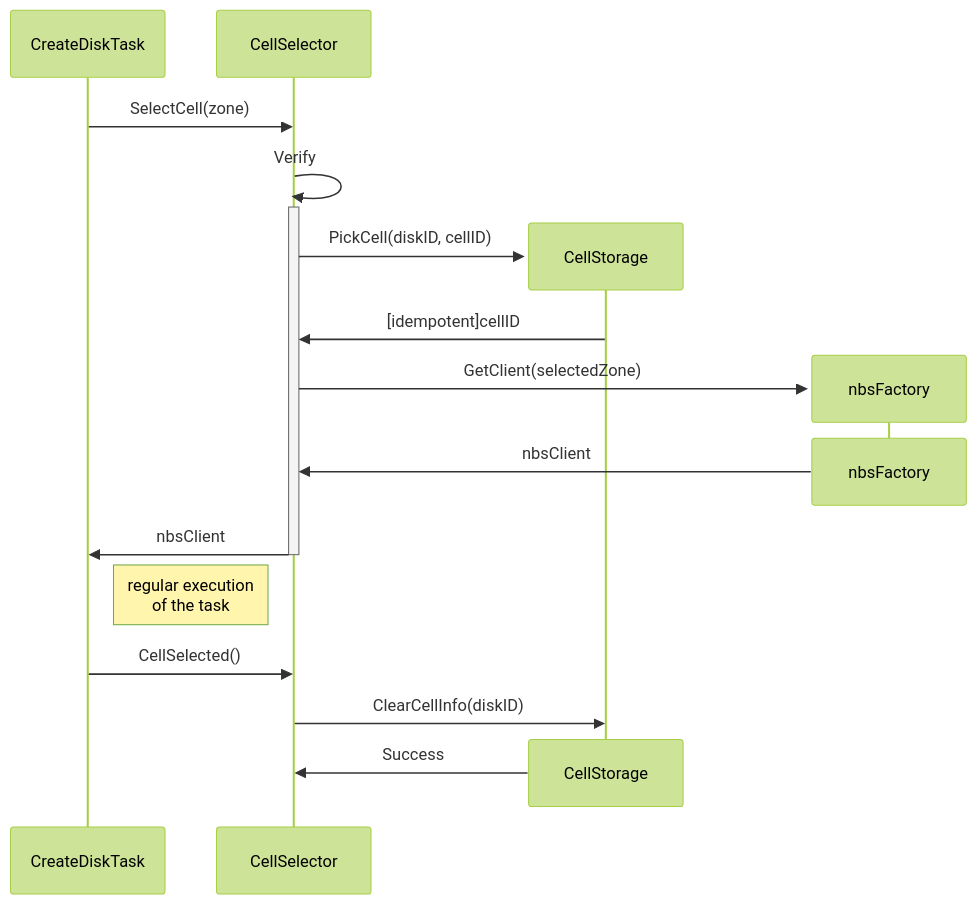
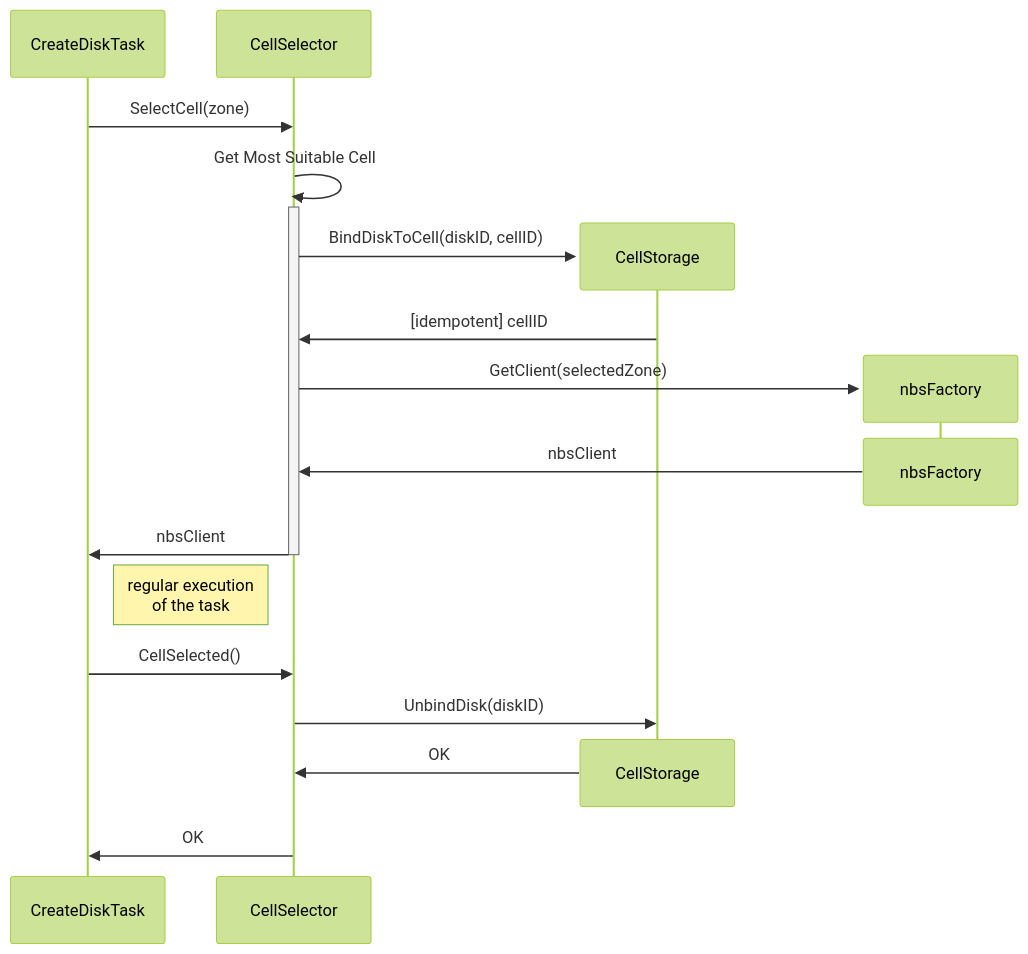
The first of 3 diagrams in doc/disk_manager/cells/design_doc.md (ydb-platform/nbs), drawn with Mermaid (forest theme) before and after one commit. The commit also changed other lines of this file, not shown here.

````diff
--- a/doc/disk_manager/cells/design_doc.md
+++ b/doc/disk_manager/cells/design_doc.md
@@ -39,27 +49,28 @@
 ```mermaid
 sequenceDiagram
     participant CreateDiskTask
     participant CellSelector
 
     CreateDiskTask->>CellSelector:SelectCell(zone)
-    CellSelector->>+CellSelector:Verify
+    CellSelector->>+CellSelector:Get Most Suitable Cell
 
     create participant CellStorage
-    CellSelector->>CellStorage:PickCell(diskID, cellID)
+    CellSelector->>CellStorage:BindDiskToCell(diskID, cellID)
 
-    CellStorage->>CellSelector:[idempotent]cellID
+    CellStorage->>CellSelector:[idempotent] cellID
 
     create participant F as nbsFactory
     CellSelector->>F:GetClient(selectedZone)
     destroy F
     F->>CellSelector:nbsClient
 
     CellSelector->>-CreateDiskTask:nbsClient
 
     Note right of CreateDiskTask: regular execution <br> of the task
 
     CreateDiskTask->>CellSelector:CellSelected()
-    CellSelector->>CellStorage:ClearCellInfo(diskID)
+    CellSelector->>CellStorage:UnbindDisk(diskID)
     destroy CellStorage
-    CellStorage->>CellSelector:Success
+    CellStorage->>CellSelector:OK
+    CellSelector->>CreateDiskTask:OK
 ```
````
